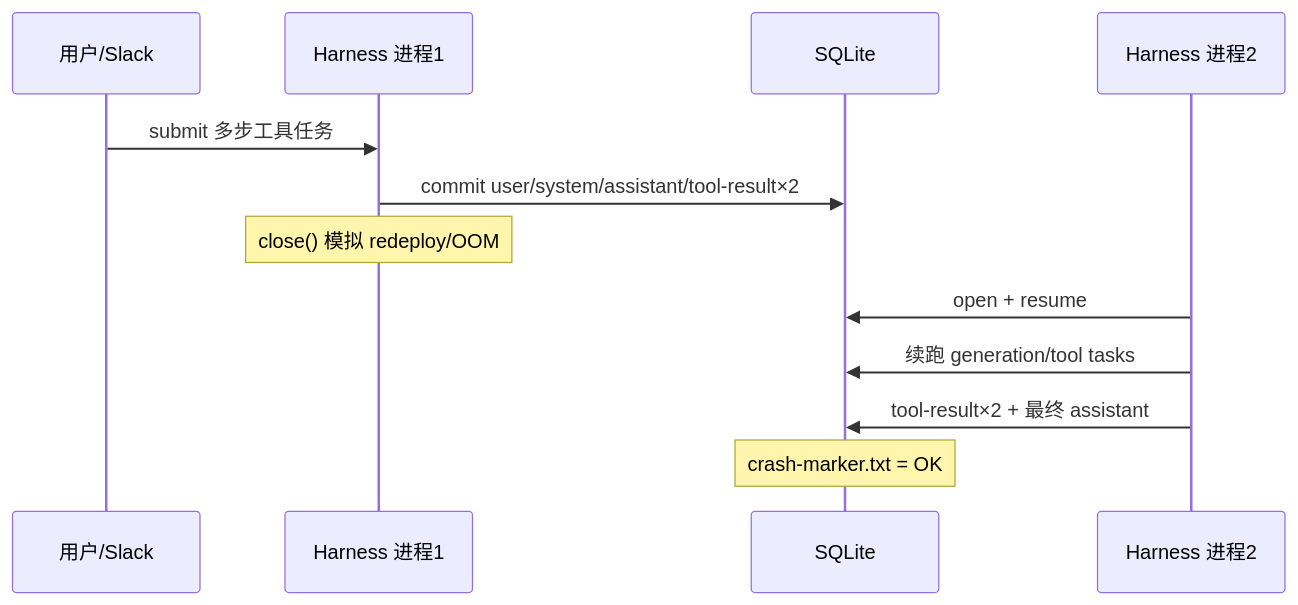
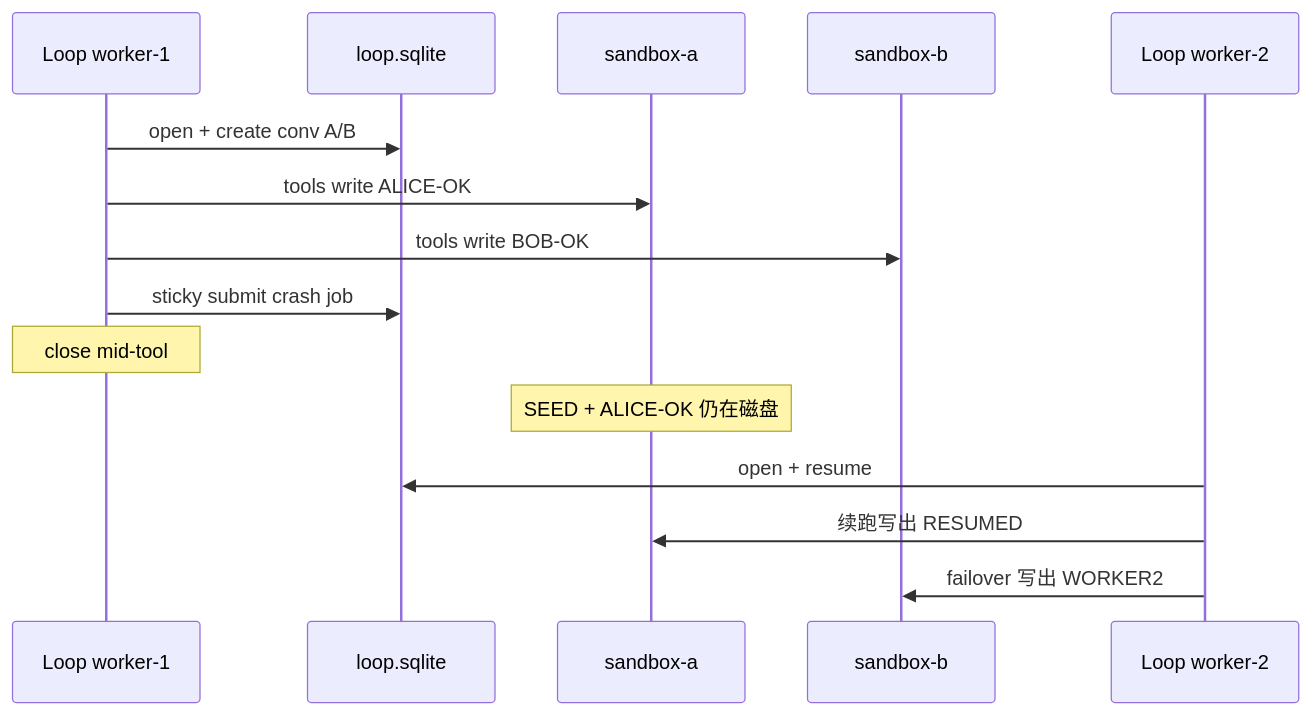
One commit to cFireworks/cfireworks.github.io changed the second of 2 diagrams in source/_posts/2026-10-03-pi-durable-office-agent-harness.md. Above: the diagram before and after it, drawn with Mermaid. The commit also changed other lines of this file, not shown here.

````diff
--- a/source/_posts/2026-10-03-pi-durable-office-agent-harness.md
+++ b/source/_posts/2026-10-03-pi-durable-office-agent-harness.md
@@ -95,14 +107,17 @@
 ```mermaid
 sequenceDiagram
-  participant U as 用户/Slack
-  participant H1 as Harness 进程1
-  participant DB as SQLite
-  participant H2 as Harness 进程2
-  U->>H1: submit 多步工具任务
-  H1->>DB: commit user/system/assistant/tool-result×2
-  Note over H1: close() 模拟 redeploy/OOM
-  H2->>DB: open + resume
-  H2->>DB: 续跑 generation/tool tasks
-  H2->>DB: tool-result×2 + 最终 assistant
-  Note over DB: crash-marker.txt = OK
+  participant W1 as Loop worker-1
+  participant DB as loop.sqlite
+  participant SA as sandbox-a
+  participant SB as sandbox-b
+  participant W2 as Loop worker-2
+  W1->>DB: open + create conv A/B
+  W1->>SA: tools write ALICE-OK
+  W1->>SB: tools write BOB-OK
+  W1->>DB: sticky submit crash job
+  Note over W1: close mid-tool
+  Note over SA: SEED + ALICE-OK 仍在磁盘
+  W2->>DB: open + resume
+  W2->>SA: 续跑写出 RESUMED
+  W2->>SB: failover 写出 WORKER2
 ```
````
